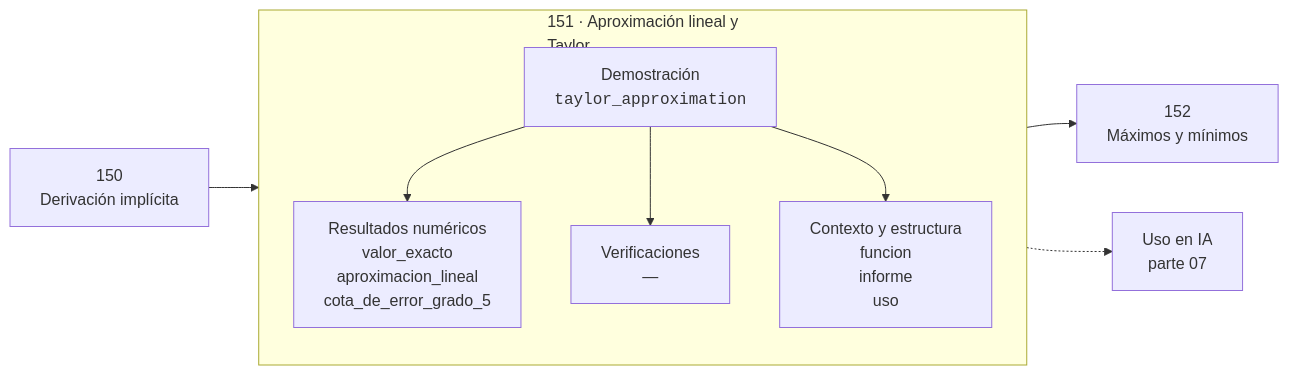
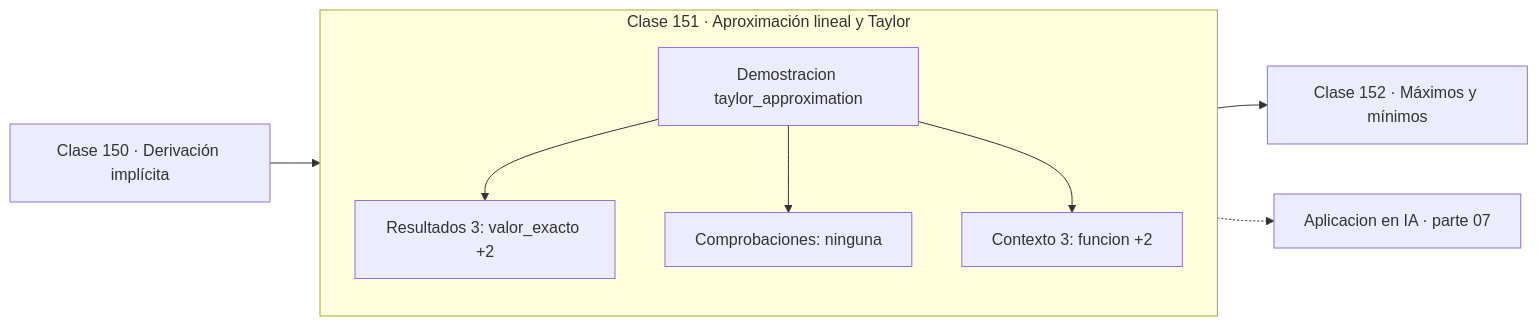
The diagram in classes/part-07-calculo-diferencial-e-integral/151-aproximacion-lineal-y-taylor/README.md (vladimiracunadev-create/computational-mathematics-program), drawn with Mermaid before and after one commit. The commit also changed 389 other files, not shown here.

First line of the commit message:
fix(diagramas): elimina el HTML de las etiquetas Mermaid

````diff
--- a/classes/part-07-calculo-diferencial-e-integral/151-aproximacion-lineal-y-taylor/README.md
+++ b/classes/part-07-calculo-diferencial-e-integral/151-aproximacion-lineal-y-taylor/README.md
@@ -30,12 +30,13 @@
 ```mermaid
 flowchart LR
-    P["150<br/>Derivación implícita"] --> C
-    subgraph C["151 · Aproximación lineal y<br/>Taylor"]
+    P["Clase 150 · Derivación implícita"] --> D
+    subgraph CLASE["Clase 151 · Aproximación lineal y Taylor"]
         direction TB
-        D["Demostración<br/><code>taylor_approximation</code>"] --> R["Resultados numéricos<br/>valor_exacto<br/>aproximacion_lineal<br/>cota_de_error_grado_5"]
-        D --> V["Verificaciones<br/>—"]
-        D --> O["Contexto y estructura<br/>funcion<br/>informe<br/>uso"]
+        D["Demostracion taylor_approximation"]
+        D --> R["Resultados 3: valor_exacto +2"]
+        D --> V["Comprobaciones: ninguna"]
+        D --> O["Contexto 3: funcion +2"]
     end
-    C --> N["152<br/>Máximos y mínimos"]
-    C -.-> IA["Uso en IA<br/>parte 07"]
+    R --> N["Clase 152 · Máximos y mínimos"]
+    V -.-> IA["Aplicacion en IA · parte 07"]
 ```
````
